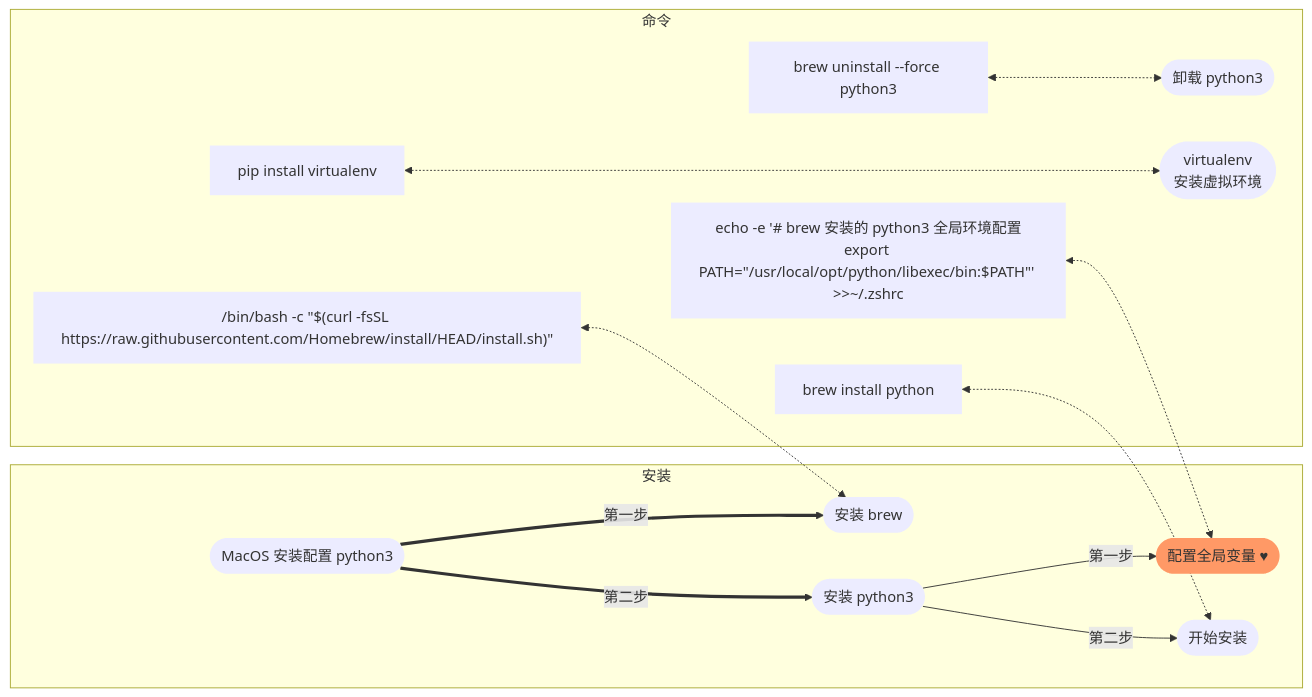
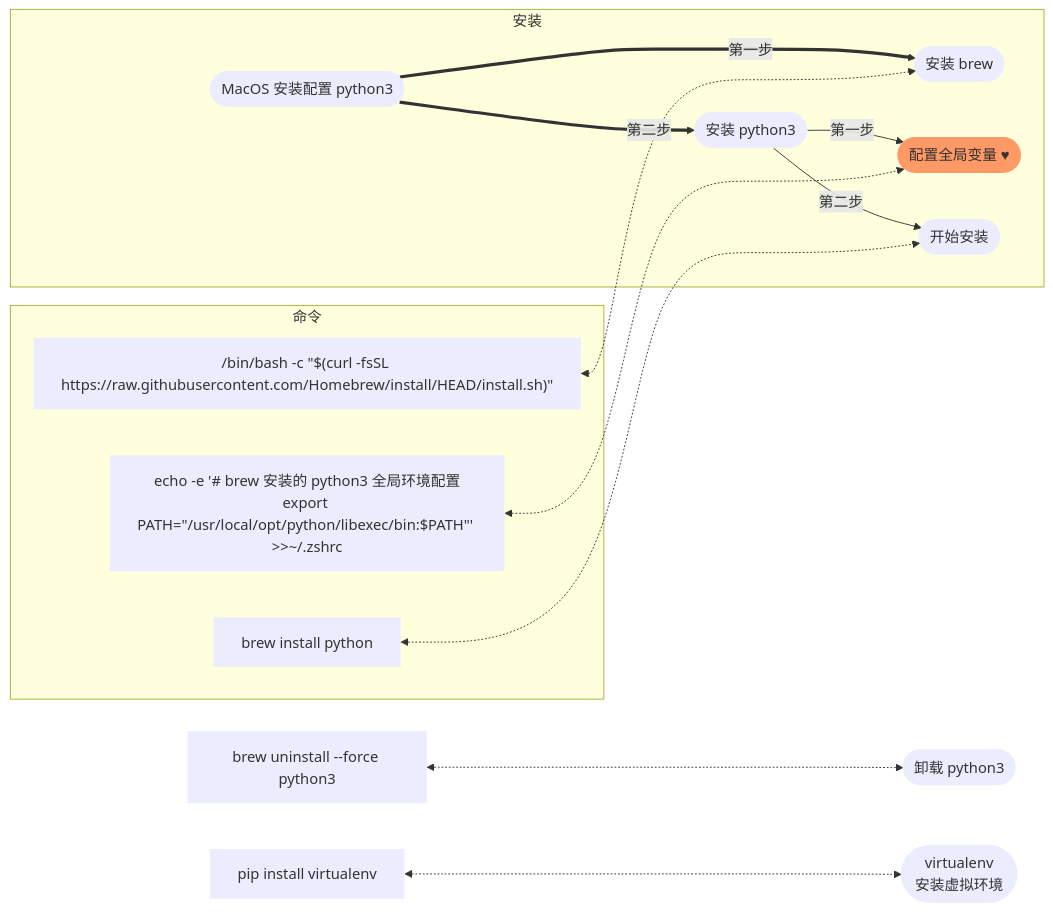
Before and after one commit to yangtudou/yangtudou: the diagram in MacOS安装配置python3.md, drawn with Mermaid.

````diff
--- a/MacOS安装配置python3.md
+++ b/MacOS安装配置python3.md
@@ -11,28 +11,28 @@
 ```mermaid
 flowchart LR
     %% 定义全局的样式
     classDef default stroke-width:0px
     classDef important fill:#f96
     %% 结束
     A([MacOS 安装配置 python3])
     subgraph 安装
     A == 第一步 ==> B([安装 brew])
     A == 第二步 ==> C([安装 python3])
     C -- 第一步-->C1(["配置全局变量 #9829;"]):::important
     C -- 第二步 -->C2([开始安装])
     end
     subgraph 命令
     M1["/bin/bash -c #quot;$(curl -fsSL https://raw.githubusercontent.com/Homebrew/install/HEAD/install.sh)#quot;"]
     M2["echo -e #apos;#35; brew 安装的 python3 全局环境配置\nexport PATH=#quot;/usr/local/opt/python/libexec/bin:$PATH#quot;#apos; >>~/.zshrc"]
     M3[brew install python]
+    M1 <-..-> B
+    M2 <-..-> C1
+    M3 <-..-> C2
+    end
     M4[brew uninstall --force python3]
     M5[pip install virtualenv]
-    M1 <-.-> B
-    M2 <-.-> C1
-    M3 <-.-> C2
-    M4 <-.-> E
+    M4 <-..-> E
     M5 <-..-> D
-    end
     D(["virtualenv\n安装虚拟环境"])
     E([卸载 python3])
 ```
````
